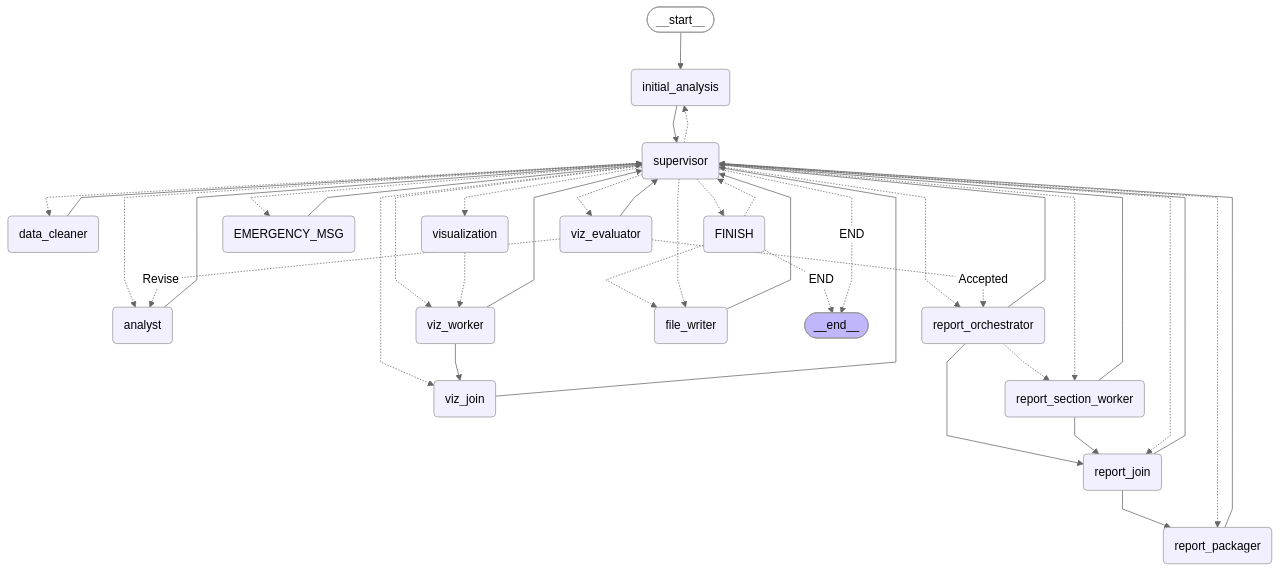
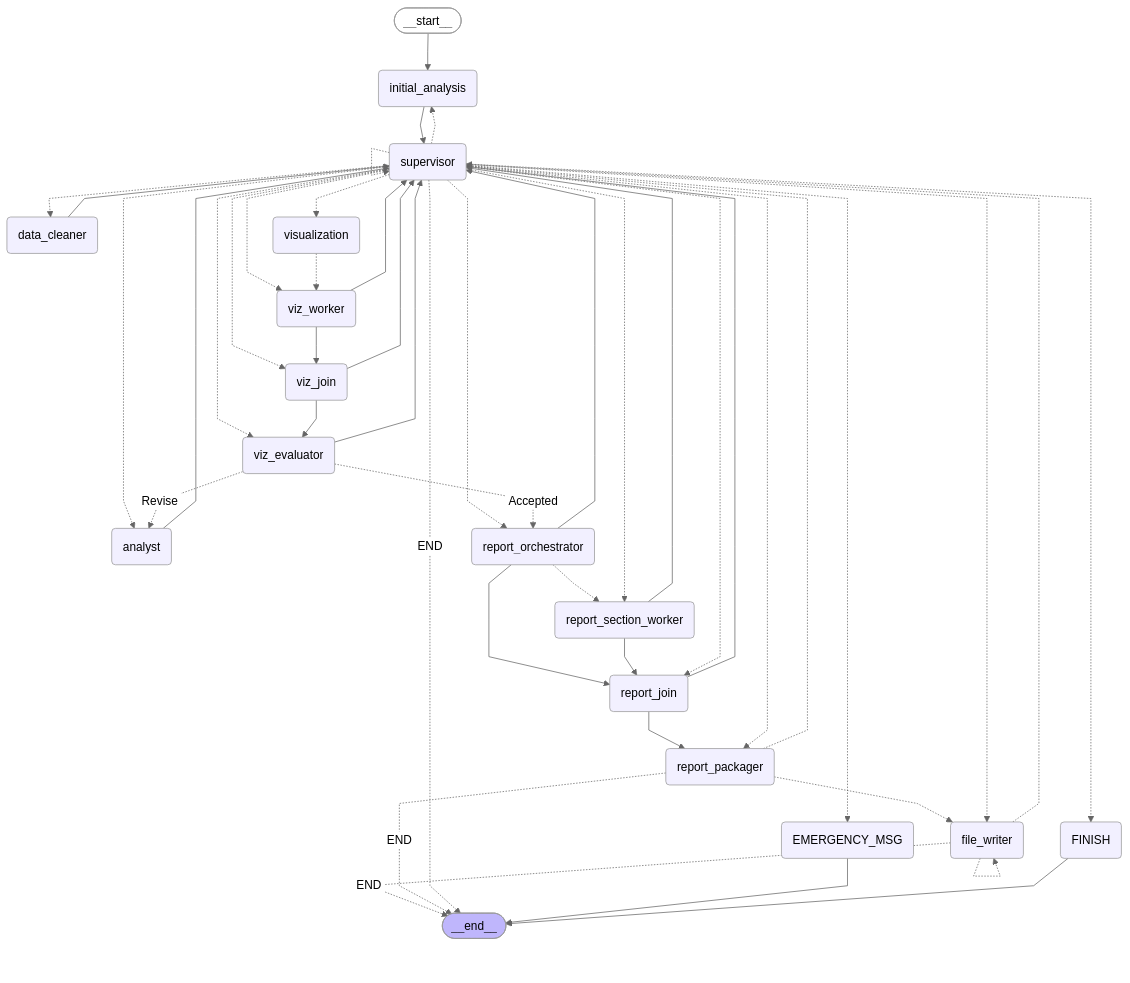
The diagram in idd_v4_state_graph.mmd (dhar174/intelligent_data_detective), drawn with Mermaid (neutral theme) before and after one commit. The commit also changed 2 other files, not shown here.

Commit message:
Update graph diagrams based on latest notebook changes

```diff
--- a/idd_v4_state_graph.mmd
+++ b/idd_v4_state_graph.mmd
@@ -1,65 +1,69 @@
 ---
 config:
   flowchart:
     curve: linear
 ---
 graph TD;
 	__start__([<p>__start__</p>]):::first
 	supervisor(supervisor)
 	initial_analysis(initial_analysis)
 	data_cleaner(data_cleaner)
 	analyst(analyst)
 	viz_worker(viz_worker)
 	viz_join(viz_join)
 	viz_evaluator(viz_evaluator)
 	report_orchestrator(report_orchestrator)
 	report_section_worker(report_section_worker)
 	report_join(report_join)
 	report_packager(report_packager)
 	file_writer(file_writer)
 	visualization(visualization)
 	EMERGENCY_MSG(EMERGENCY_MSG)
 	FINISH(FINISH)
 	__end__([<p>__end__</p>]):::last
-	EMERGENCY_MSG --> supervisor;
-	FINISH -. &nbsp;END&nbsp; .-> __end__;
-	FINISH -.-> file_writer;
-	FINISH -.-> supervisor;
 	__start__ --> initial_analysis;
 	analyst --> supervisor;
 	data_cleaner --> supervisor;
-	file_writer --> supervisor;
+	file_writer -. &nbsp;END&nbsp; .-> __end__;
+	file_writer -.-> supervisor;
 	initial_analysis --> supervisor;
 	report_join --> report_packager;
 	report_join --> supervisor;
 	report_orchestrator --> report_join;
 	report_orchestrator -.-> report_section_worker;
 	report_orchestrator --> supervisor;
-	report_packager --> supervisor;
+	report_packager -. &nbsp;END&nbsp; .-> __end__;
+	report_packager -.-> file_writer;
+	report_packager -.-> supervisor;
 	report_section_worker --> report_join;
 	report_section_worker --> supervisor;
 	supervisor -.-> EMERGENCY_MSG;
 	supervisor -.-> FINISH;
 	supervisor -. &nbsp;END&nbsp; .-> __end__;
 	supervisor -.-> analyst;
 	supervisor -.-> data_cleaner;
 	supervisor -.-> file_writer;
 	supervisor -.-> initial_analysis;
 	supervisor -.-> report_join;
 	supervisor -.-> report_orchestrator;
 	supervisor -.-> report_packager;
 	supervisor -.-> report_section_worker;
 	supervisor -.-> visualization;
 	supervisor -.-> viz_evaluator;
 	supervisor -.-> viz_join;
 	supervisor -.-> viz_worker;
 	visualization -.-> viz_worker;
 	viz_evaluator -. &nbsp;Revise&nbsp; .-> analyst;
 	viz_evaluator -. &nbsp;Accepted&nbsp; .-> report_orchestrator;
 	viz_evaluator --> supervisor;
 	viz_join --> supervisor;
+	viz_join --> viz_evaluator;
 	viz_worker --> supervisor;
 	viz_worker --> viz_join;
+	EMERGENCY_MSG --> __end__;
+	FINISH --> __end__;
+	file_writer -.-> file_writer;
+	supervisor -.-> supervisor;
 	classDef default fill:#f2f0ff,line-height:1.2
 	classDef first fill-opacity:0
 	classDef last fill:#bfb6fc
```
